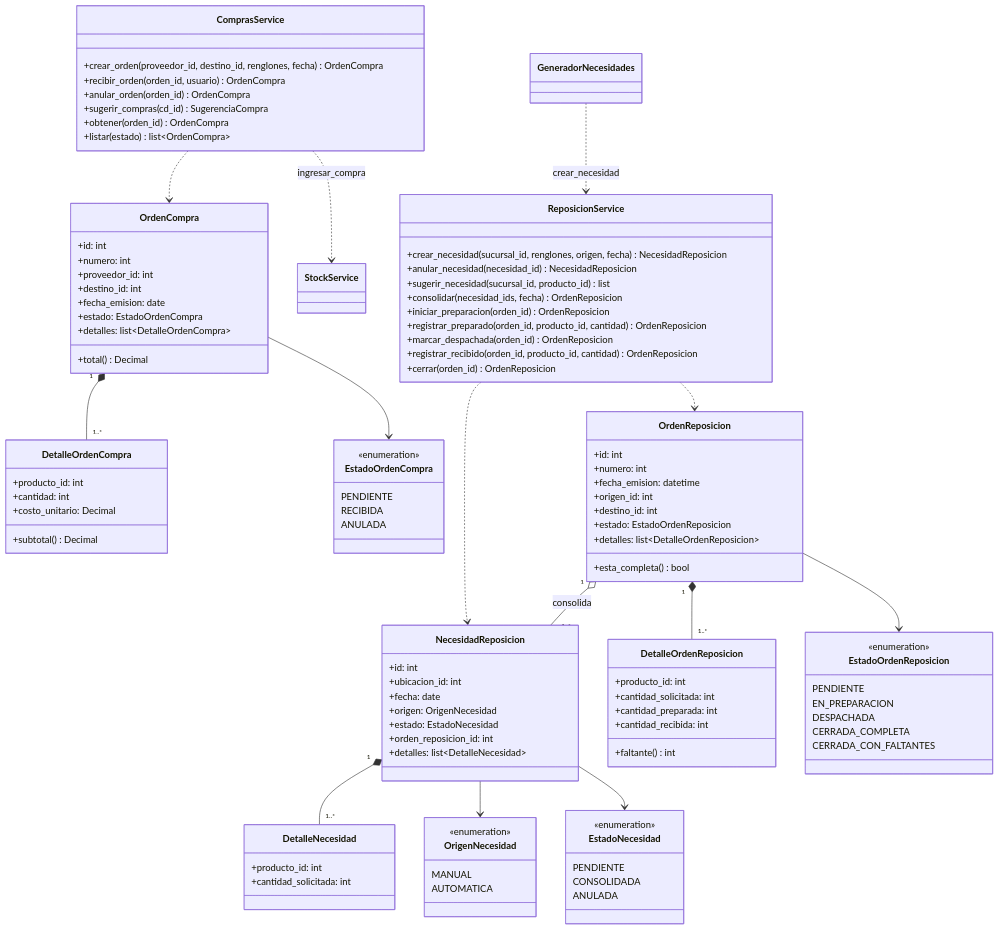
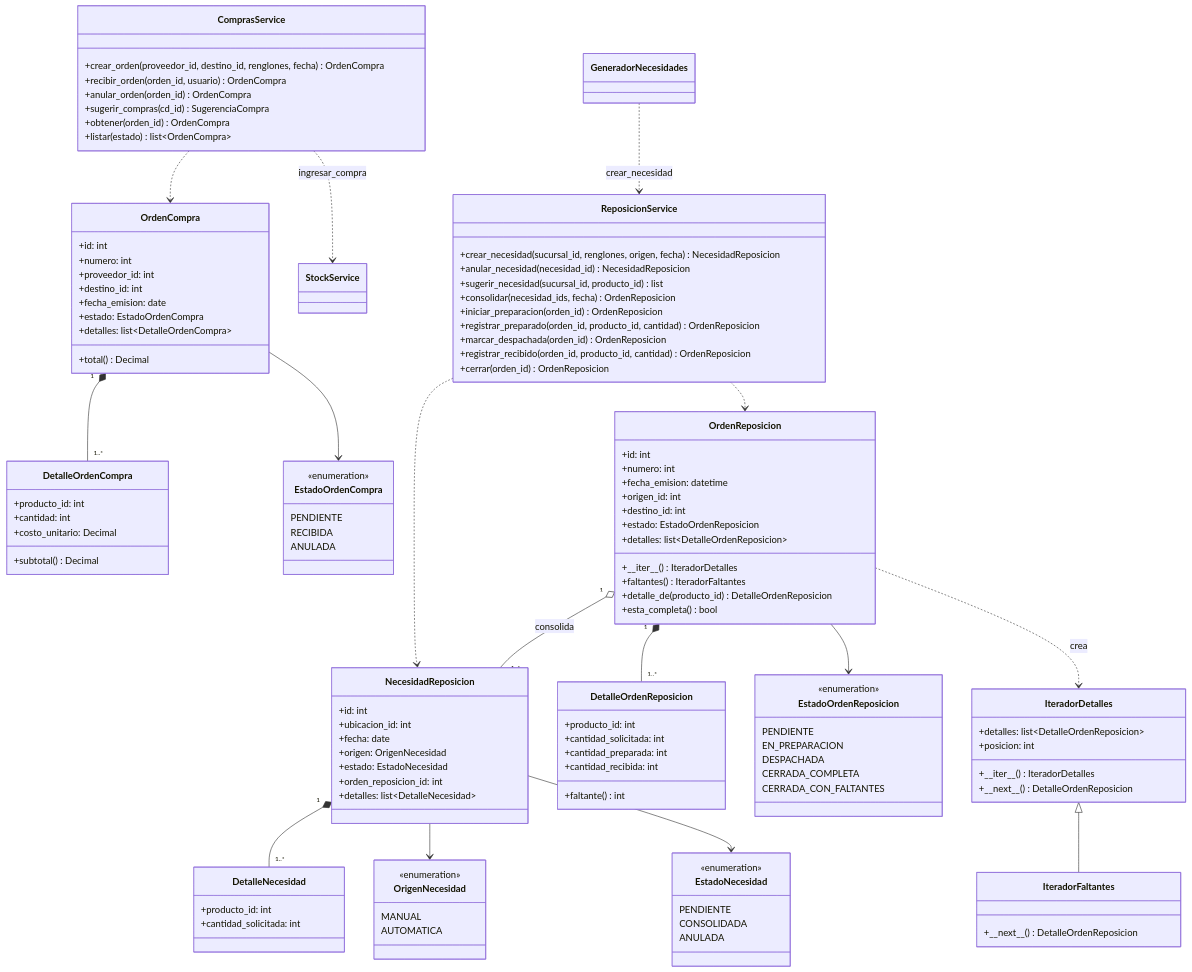
Before and after one commit to joaquin-brachetto/DAO-TP: the fifth of 12 diagrams in docs/modelo_dominio.md, drawn with Mermaid. The commit also changed other lines of this file and 25 other files, not shown here.

```diff
--- a/docs/modelo_dominio.md
+++ b/docs/modelo_dominio.md
@@ -392,7 +395,19 @@
         +destino_id: int
         +estado: EstadoOrdenReposicion
         +detalles: list~DetalleOrdenReposicion~
+        +#95;#95;iter#95;#95;() IteradorDetalles
+        +faltantes() IteradorFaltantes
+        +detalle_de(producto_id) DetalleOrdenReposicion
         +esta_completa() bool
+    }
+    class IteradorDetalles {
+        +detalles: list~DetalleOrdenReposicion~
+        +posicion: int
+        +#95;#95;iter#95;#95;() IteradorDetalles
+        +#95;#95;next#95;#95;() DetalleOrdenReposicion
+    }
+    class IteradorFaltantes {
+        +#95;#95;next#95;#95;() DetalleOrdenReposicion
     }
     class DetalleOrdenReposicion {
         +producto_id: int
@@ -437,6 +452,8 @@
     OrdenReposicion "1" o-- "1..*" NecesidadReposicion : consolida
     OrdenReposicion "1" *-- "1..*" DetalleOrdenReposicion
     OrdenReposicion --> EstadoOrdenReposicion
+    OrdenReposicion ..> IteradorDetalles : crea
+    IteradorDetalles <|-- IteradorFaltantes
     ComprasService ..> OrdenCompra
     ComprasService ..> StockService : ingresar_compra
     ReposicionService ..> NecesidadReposicion
```
